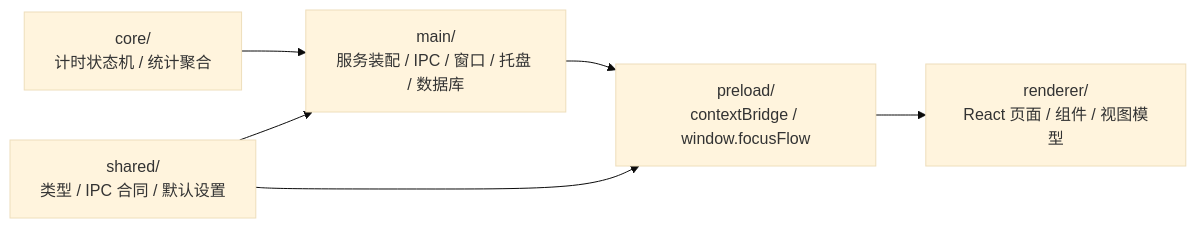
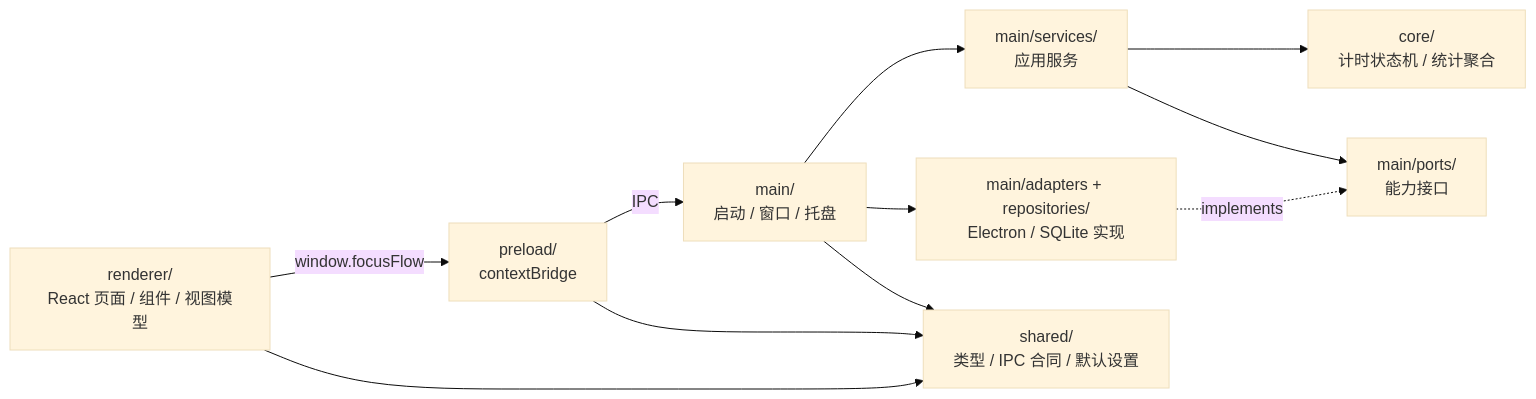
Before and after one commit to gis2all/focus-flow: the diagram in README.md, drawn with Mermaid (base theme). The commit also changed other lines of this file and 1 other file, not shown here.

````diff
--- a/README.md
+++ b/README.md
@@ -63,8 +84,13 @@
 ```mermaid
 flowchart LR
-  Core["core/<br/>计时状态机 / 统计聚合"] --> Main["main/<br/>服务装配 / IPC / 窗口 / 托盘 / 数据库"]
-  Shared["shared/<br/>类型 / IPC 合同 / 默认设置"] --> Main
-  Shared --> Preload["preload/<br/>contextBridge / window.focusFlow"]
-  Main --> Preload
-  Preload --> Renderer["renderer/<br/>React 页面 / 组件 / 视图模型"]
+  Renderer["renderer/<br/>React 页面 / 组件 / 视图模型"] -->|window.focusFlow| Preload["preload/<br/>contextBridge"]
+  Preload -->|IPC| Main["main/<br/>启动 / 窗口 / 托盘"]
+  Main --> Services["main/services/<br/>应用服务"]
+  Services --> Core["core/<br/>计时状态机 / 统计聚合"]
+  Services --> Ports["main/ports/<br/>能力接口"]
+  Adapters["main/adapters + repositories/<br/>Electron / SQLite 实现"] -. implements .-> Ports
+  Main --> Adapters
+  Renderer --> Shared["shared/<br/>类型 / IPC 合同 / 默认设置"]
+  Preload --> Shared
+  Main --> Shared
 ```
````
